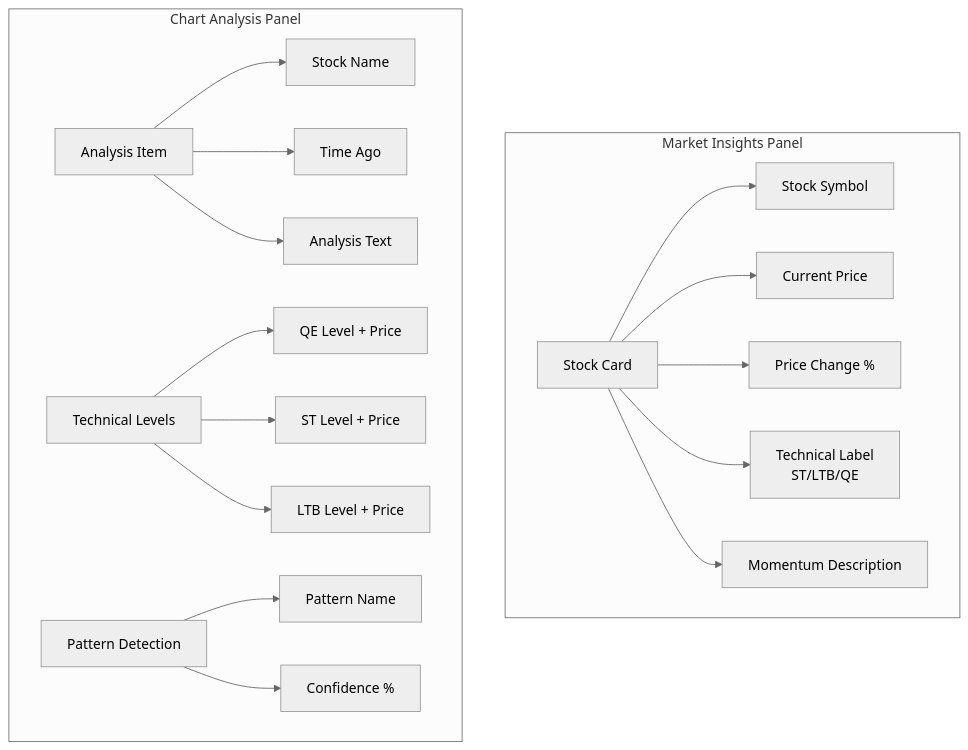
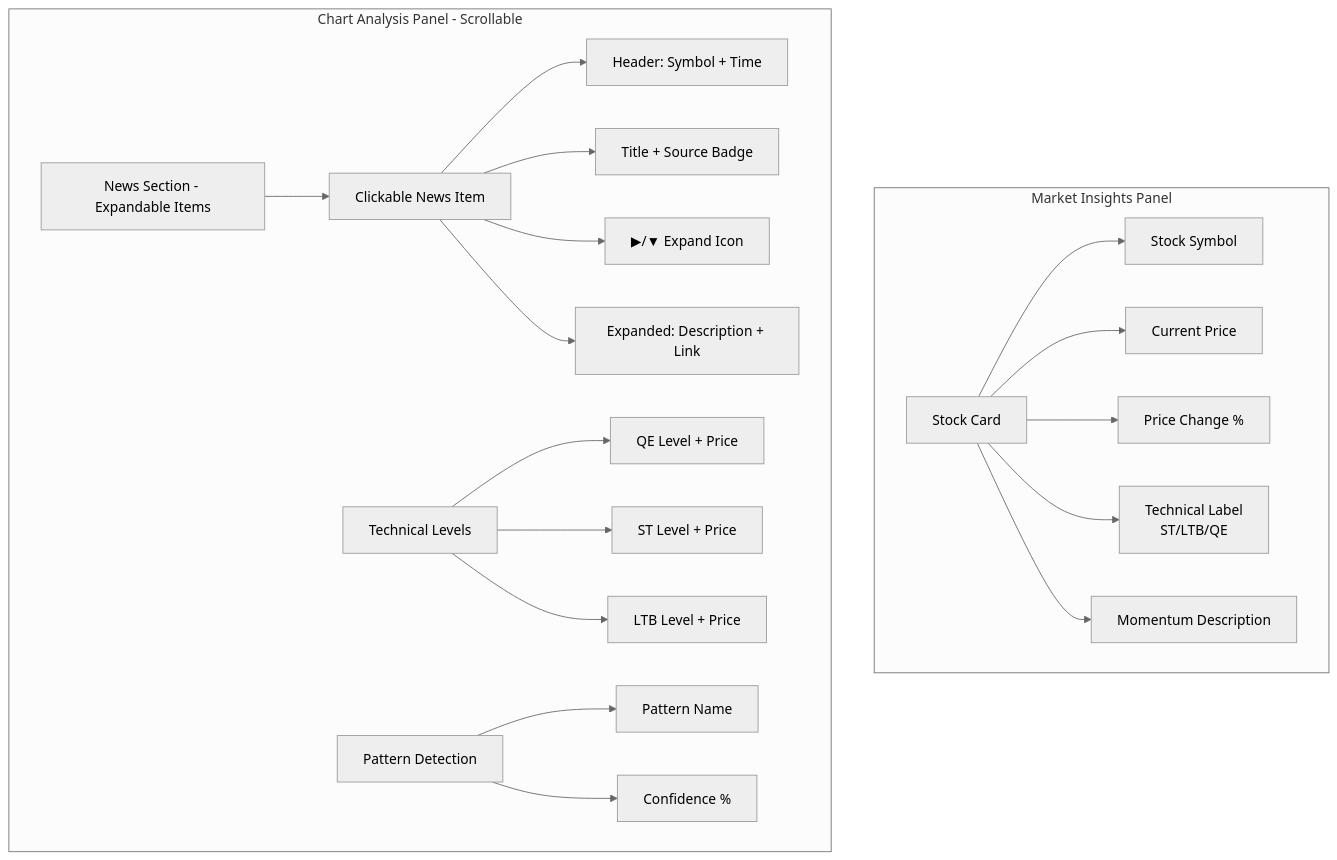
One commit to ChipsMetaverse/gvses-market-insights changed diagram 24 of 27 in mermaid.md. Above: the diagram before and after it, drawn with Mermaid (neutral theme). The commit also changed other lines of this file and 40 other files, not shown here.

````diff
--- a/mermaid.md
+++ b/mermaid.md
@@ -390,27 +843,29 @@
 ```mermaid
 graph TD
     subgraph "Market Insights Panel"
         StockCard[Stock Card]
         StockCard --> Symbol[Stock Symbol]
         StockCard --> Price[Current Price]
         StockCard --> Change[Price Change %]
         StockCard --> Label[Technical Label<br/>ST/LTB/QE]
         StockCard --> Description[Momentum Description]
     end
     
-    subgraph "Chart Analysis Panel"
-        AnalysisItem[Analysis Item]
-        AnalysisItem --> StockName[Stock Name]
-        AnalysisItem --> TimeAgo[Time Ago]
-        AnalysisItem --> Analysis[Analysis Text]
+    subgraph "Chart Analysis Panel - Scrollable"
+        NewsSection[News Section - Expandable Items]
+        NewsSection --> NewsItem[Clickable News Item]
+        NewsItem --> NewsHeader[Header: Symbol + Time]
+        NewsItem --> NewsTitle[Title + Source Badge]
+        NewsItem --> ExpandIcon[▶/▼ Expand Icon]
+        NewsItem --> ExpandedContent[Expanded: Description + Link]
         
         TechnicalLevels[Technical Levels]
         TechnicalLevels --> QELevel[QE Level + Price]
         TechnicalLevels --> STLevel[ST Level + Price]
         TechnicalLevels --> LTBLevel[LTB Level + Price]
         
         PatternDetection[Pattern Detection]
         PatternDetection --> PatternName[Pattern Name]
         PatternDetection --> Confidence[Confidence %]
     end
 ```
````
